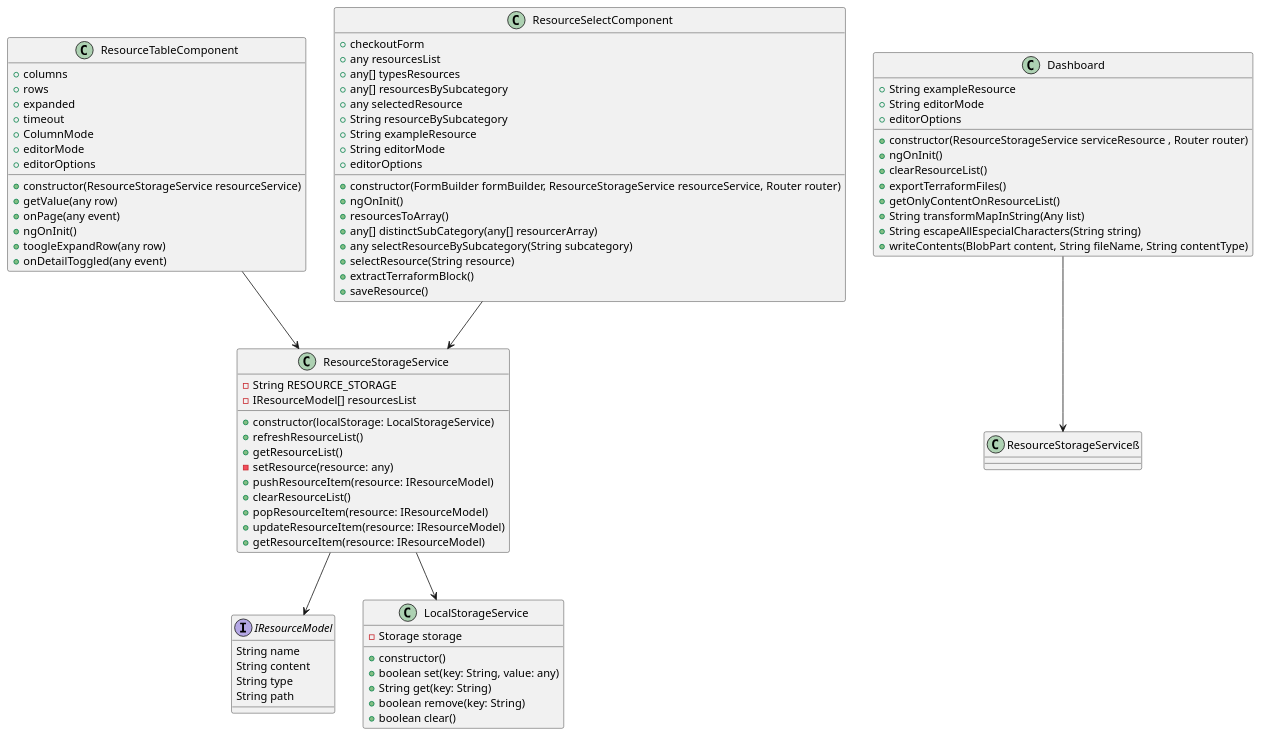
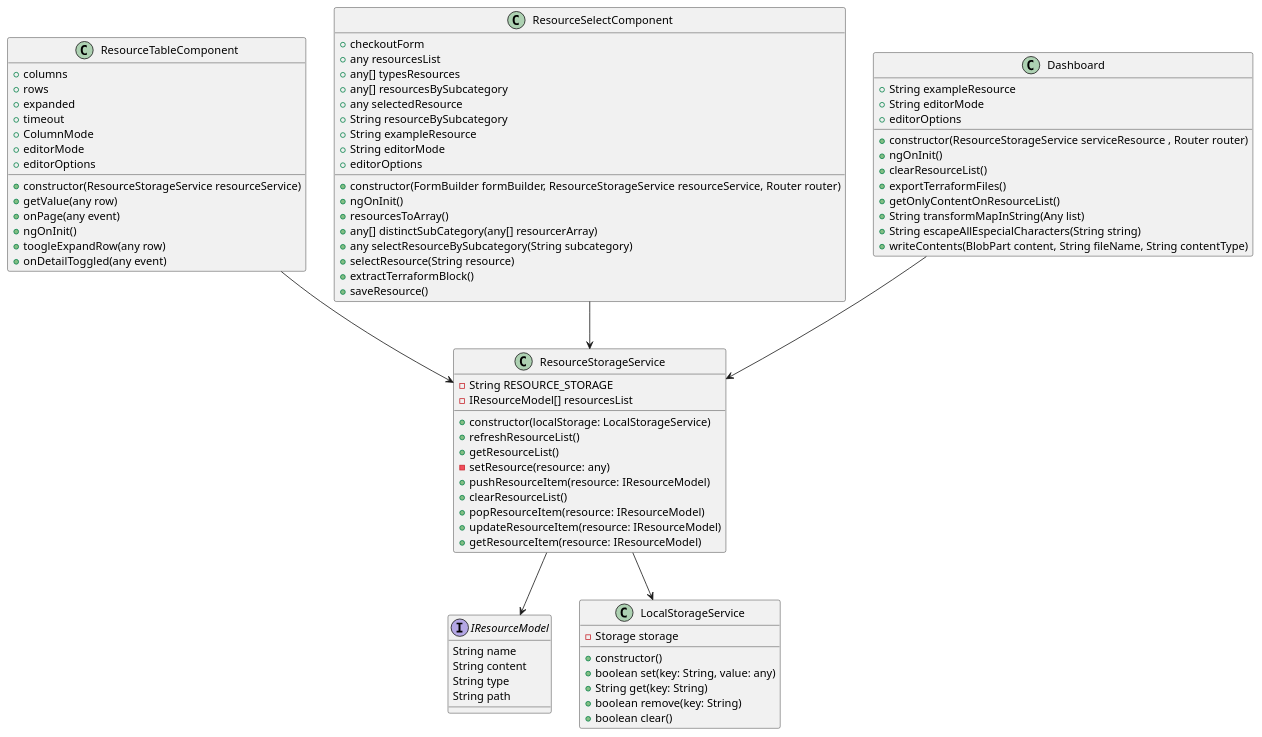
Before and after one commit to eltonjosesouza/mount-terraform: the diagram in src/doc/class-diagram.pu, drawn with PlantUML.

Commit message:
correçao no nome

```diff
--- a/src/doc/class-diagram.pu
+++ b/src/doc/class-diagram.pu
@@ -1,102 +1,102 @@
 @startuml
 
 interface IResourceModel {
   String name
   String content
   String type
   String path
 }
 
 class ResourceStorageService {
 
   + constructor(localStorage: LocalStorageService)
   + refreshResourceList()
   + getResourceList()
   - setResource(resource: any)
   + pushResourceItem(resource: IResourceModel)
   + clearResourceList()
   + popResourceItem(resource: IResourceModel)
   + updateResourceItem(resource: IResourceModel)
   + getResourceItem(resource: IResourceModel)
 
 
   - String RESOURCE_STORAGE
   - IResourceModel[] resourcesList
 
 }
 
 class LocalStorageService {
   - Storage storage
   + constructor()
   + boolean set(key: String, value: any)
   + String get(key: String)
   + boolean remove(key: String)
   + boolean clear()
 }
 
 class ResourceTableComponent {
   + columns
   + rows
   + expanded
   + timeout
   + ColumnMode
   + editorMode
   + editorOptions
 
   + constructor(ResourceStorageService resourceService)
   + getValue(any row)
   + onPage(any event)
   + ngOnInit()
   + toogleExpandRow(any row)
   + onDetailToggled(any event)
 }
 
 class ResourceSelectComponent {
   + checkoutForm
   + any resourcesList
   + any[] typesResources
   + any[] resourcesBySubcategory
   + any selectedResource
   + String resourceBySubcategory
   + String exampleResource
   + String editorMode
   + editorOptions
 
   + constructor(FormBuilder formBuilder, ResourceStorageService resourceService, Router router)
   + ngOnInit()
   + resourcesToArray()
   + any[] distinctSubCategory(any[] resourcerArray)
   + any selectResourceBySubcategory(String subcategory)
   + selectResource(String resource)
   + extractTerraformBlock()
   + saveResource()
 }
 
 class Dashboard {
 
   + String exampleResource
   + String editorMode
   + editorOptions
 
   + constructor(ResourceStorageService serviceResource , Router router)
   + ngOnInit()
   + clearResourceList()
   + exportTerraformFiles()
   + getOnlyContentOnResourceList()
   + String transformMapInString(Any list)
   + String escapeAllEspecialCharacters(String string)
   + writeContents(BlobPart content, String fileName, String contentType)
 
 }
 
 
 
-Dashboard --> ResourceStorageServiceß
+Dashboard --> ResourceStorageService
 ResourceSelectComponent --> ResourceStorageService
 ResourceStorageService --> IResourceModel
 ResourceStorageService --> LocalStorageService
 ResourceTableComponent --> ResourceStorageService
 
 
 
 @enduml
```
